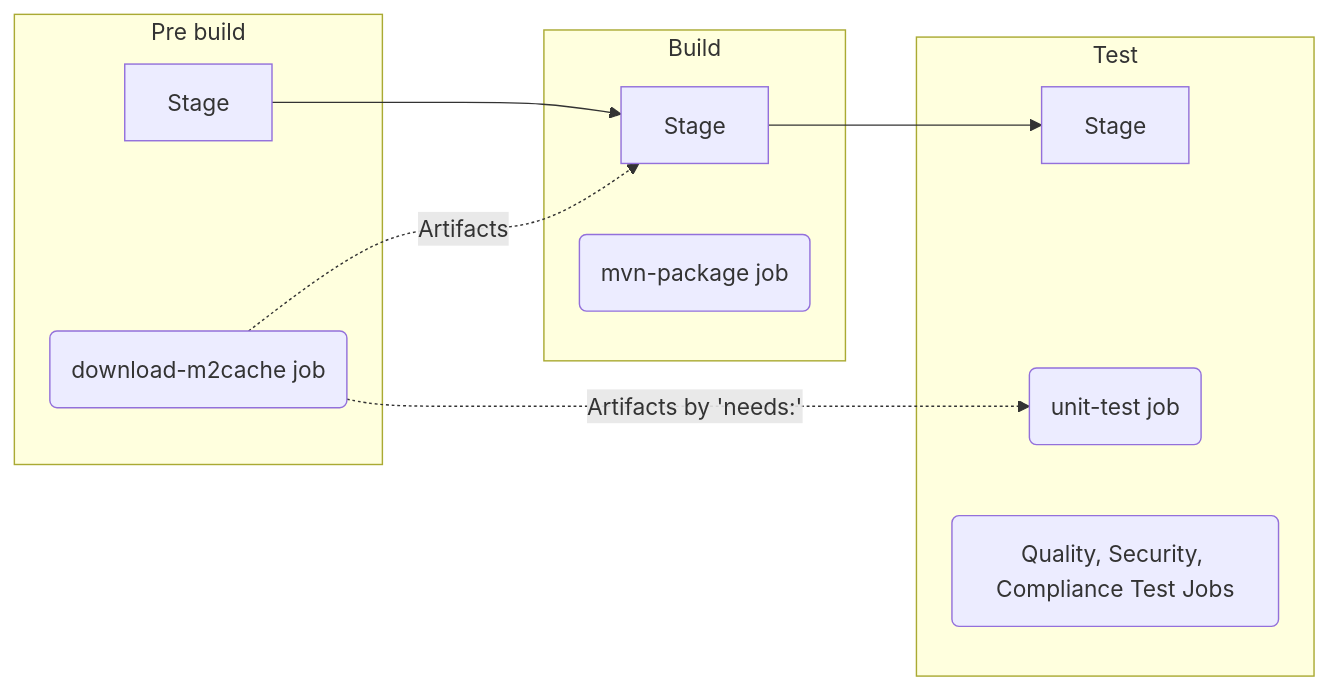
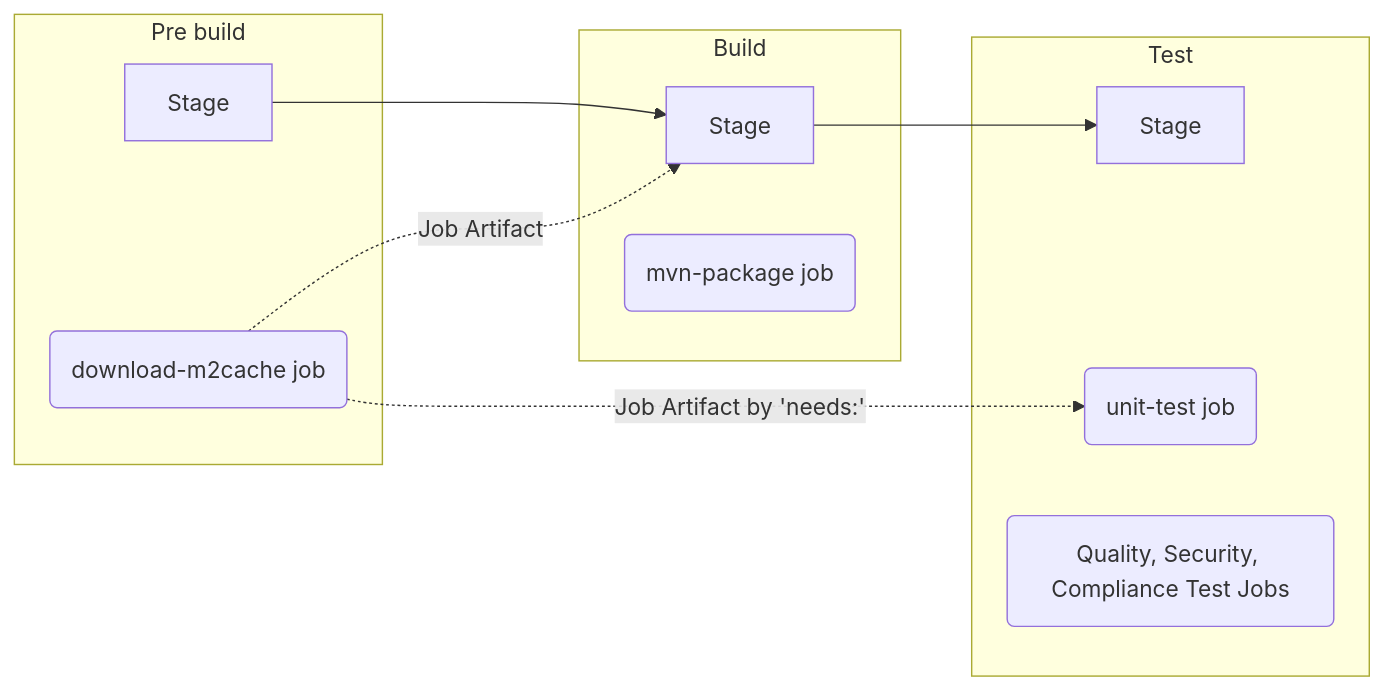
One commit to doremansunio/doremansunio1_project-a changed the diagram in labs/ja/lab6/README.md. Above: the diagram before and after it, drawn with Mermaid. The commit also changed 14 other files, not shown here.

````diff
--- a/labs/ja/lab6/README.md
+++ b/labs/ja/lab6/README.md
@@ -14,17 +14,17 @@
 ```mermaid
 graph LR
     subgraph "Pre build"
         pre-build[Stage]
         download-m2cache(download-m2cache job)
     end
     subgraph "Build"
         pre-build[Stage] --> build[Stage]
-        download-m2cache(download-m2cache job) -.-> |Artifacts|build[Stage]
+        download-m2cache(download-m2cache job) -.-> |Job Artifact|build[Stage]
         mvn-package(mvn-package job)
     end
     subgraph "Test"
         build[Stage] --> test[Stage]
-        download-m2cache(download-m2cache job) -.-> |Artifacts by 'needs:'|unit-test(unit-test job)
+        download-m2cache(download-m2cache job) -.-> |Job Artifact by 'needs:'|unit-test(unit-test job)
                 security-test-jobs(Quality, Security, Compliance Test Jobs)
     end
 ```
````
